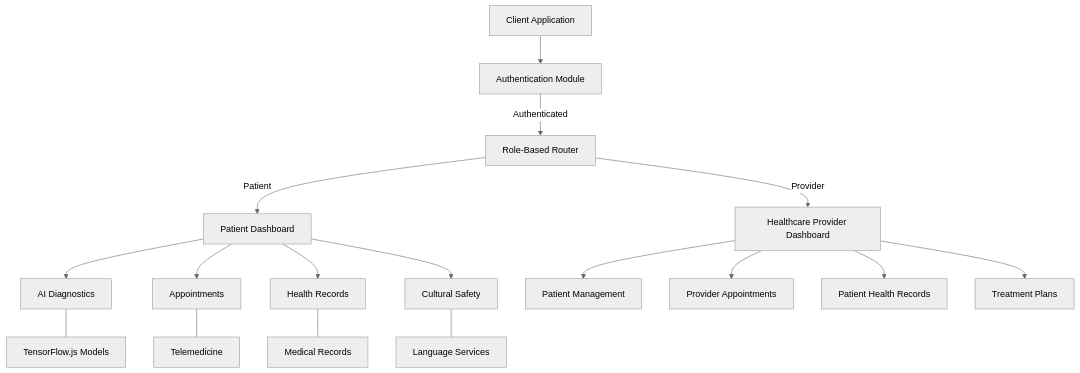
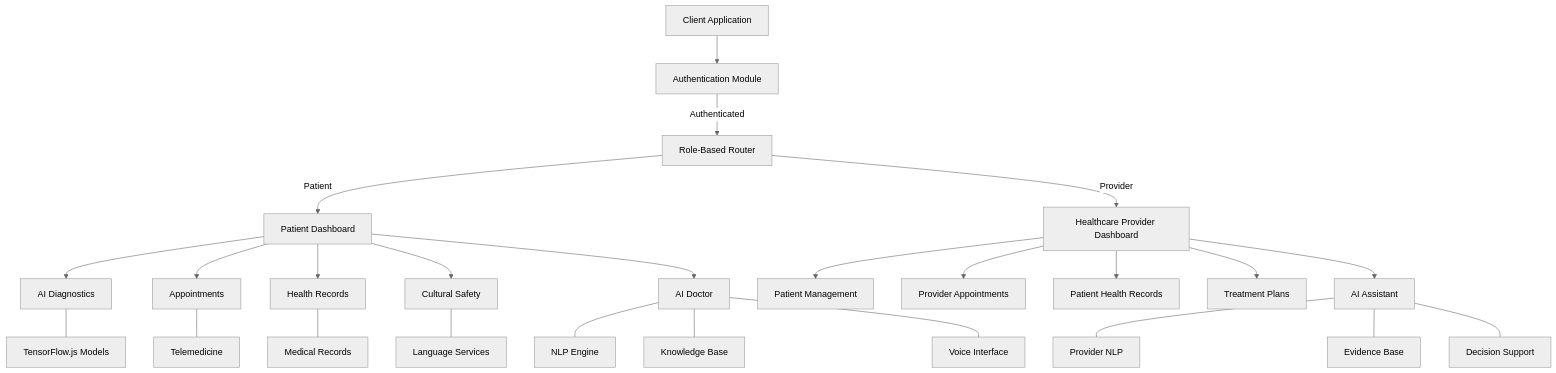
Before and after one commit to jaffarkeikei/kwecare-bridge-health: the first of 4 diagrams in README.md, drawn with Mermaid (neutral theme). The commit also changed other lines of this file, not shown here.

Commit message:
Update README with enhanced AI architecture diagrams and descriptions

````diff
--- a/README.md
+++ b/README.md
@@ -117,22 +117,32 @@
 ```mermaid
 graph TD
     Client[Client Application] --> Auth[Authentication Module]
     Auth -->|Authenticated| RoleRouter[Role-Based Router]
     RoleRouter -->|Patient| PD[Patient Dashboard]
     RoleRouter -->|Provider| HPD[Healthcare Provider Dashboard]
     
     PD --> AIDI[AI Diagnostics]
     PD --> APPT[Appointments]
     PD --> HR[Health Records]
     PD --> CS[Cultural Safety]
+    PD --> AID[AI Doctor]
     
     HPD --> PM[Patient Management]
     HPD --> HAPPT[Provider Appointments]
     HPD --> PHR[Patient Health Records]
     HPD --> TP[Treatment Plans]
+    HPD --> AIA[AI Assistant]
     
     AIDI --- TFL[TensorFlow.js Models]
     CS --- LangS[Language Services]
     APPT --- Tele[Telemedicine]
     HR --- Records[Medical Records]
+    
+    AID --- NLP[NLP Engine]
+    AID --- KB[Knowledge Base]
+    AID --- Voice[Voice Interface]
+    
+    AIA --- AINLP[Provider NLP]
+    AIA --- AIEB[Evidence Base]
+    AIA --- AIDSS[Decision Support]
 ```
````
